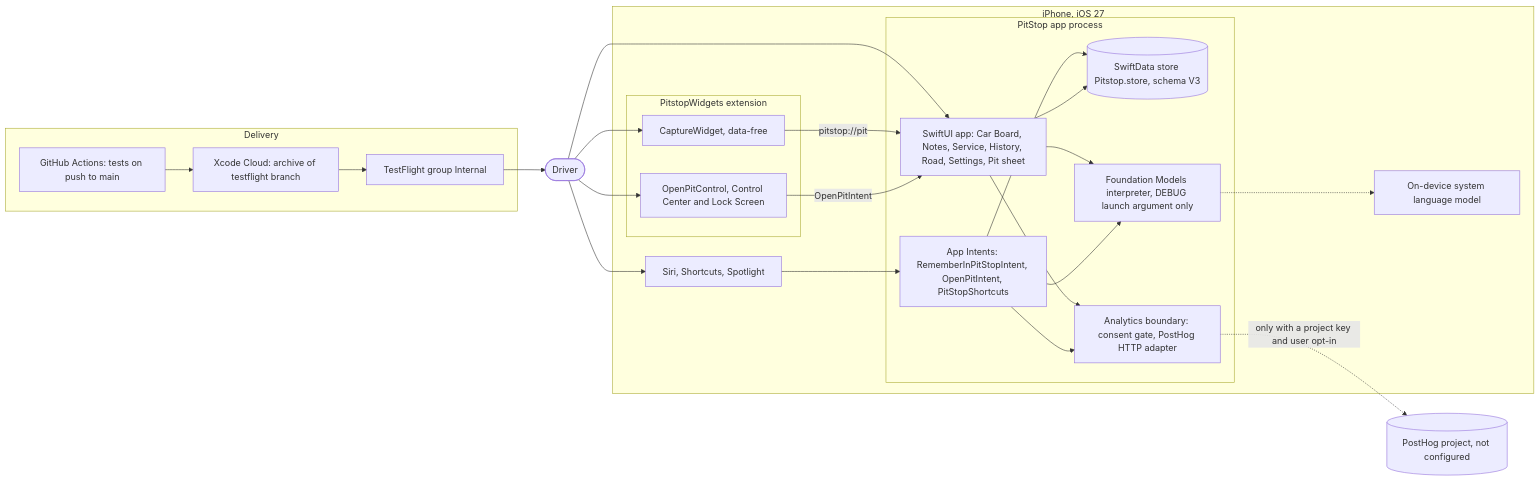
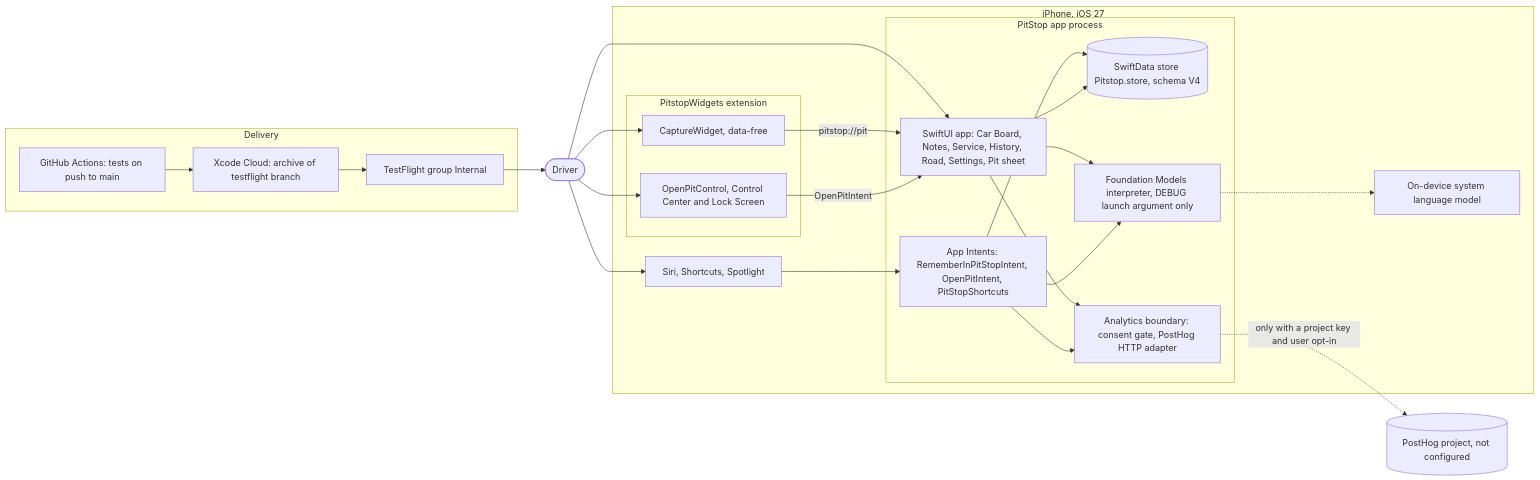
One commit to vil4max/pitstop-ios changed the first of 9 diagrams in docs/engineering/system-overview.md. Above: the diagram before and after it, drawn with Mermaid. The commit also changed other lines of this file and 56 other files, not shown here.

````diff
--- a/docs/engineering/system-overview.md
+++ b/docs/engineering/system-overview.md
@@ -36,44 +36,44 @@
 ```mermaid
 flowchart LR
     user(["Driver"])
 
     subgraph phone["iPhone, iOS 27"]
         subgraph app["PitStop app process"]
             ui["SwiftUI app: Car Board, Notes, Service, History, Road, Settings, Pit sheet"]
             intents["App Intents: RememberInPitStopIntent, OpenPitIntent, PitStopShortcuts"]
-            store[("SwiftData store Pitstop.store, schema V3")]
+            store[("SwiftData store Pitstop.store, schema V4")]
             analytics["Analytics boundary: consent gate, PostHog HTTP adapter"]
             fm["Foundation Models interpreter, DEBUG launch argument only"]
         end
         subgraph ext["PitstopWidgets extension"]
             widget["CaptureWidget, data-free"]
             control["OpenPitControl, Control Center and Lock Screen"]
         end
         siri["Siri, Shortcuts, Spotlight"]
         model["On-device system language model"]
     end
 
     posthog[("PostHog project, not configured")]
     subgraph delivery["Delivery"]
         gha["GitHub Actions: tests on push to main"]
         xcc["Xcode Cloud: archive of testflight branch"]
         tf["TestFlight group Internal"]
     end
 
     user --> ui
     user --> siri
     user --> widget
     user --> control
     siri --> intents
     intents --> store
     ui --> store
     widget -- "pitstop://pit" --> ui
     control -- "OpenPitIntent" --> ui
     ui --> fm
     intents --> fm
     fm -.-> model
     ui --> analytics
     intents --> analytics
     analytics -. "only with a project key and user opt-in" .-> posthog
     gha --> xcc --> tf --> user
 ```
````
